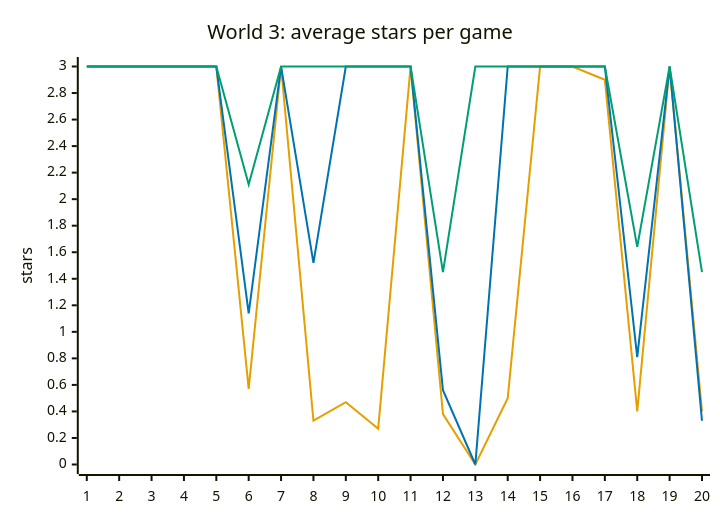
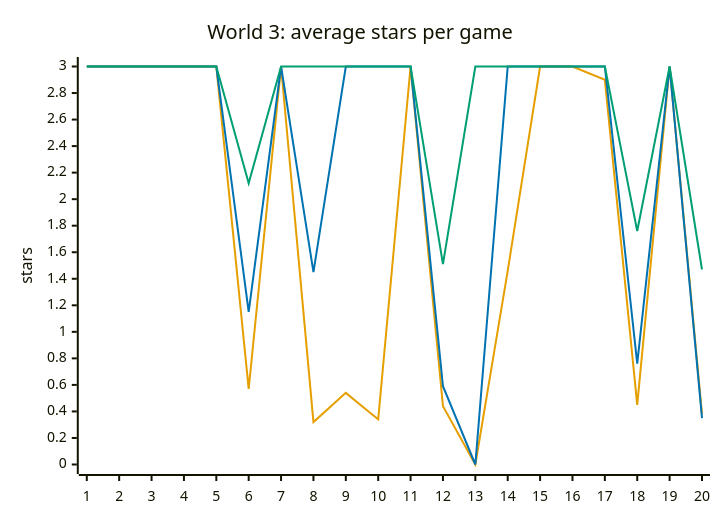
Before and after one commit to Pavelya/dots: the sixth of 8 diagrams in docs/design/difficulty.md, drawn with Mermaid. The commit also changed other lines of this file and 13 other files, not shown here.

````diff
--- a/docs/design/difficulty.md
+++ b/docs/design/difficulty.md
@@ -205,10 +206,10 @@
 ```mermaid
 %%{init: {"themeVariables": {"xyChart": {"plotColorPalette": "#E69F00, #0072B2, #009E73, #999999"}}}}%%
 xychart-beta
     title "World 3: average stars per game"
     x-axis ["1", "2", "3", "4", "5", "6", "7", "8", "9", "10", "11", "12", "13", "14", "15", "16", "17", "18", "19", "20"]
     y-axis "stars" 0 --> 3
-    line [3.00, 3.00, 3.00, 3.00, 3.00, 0.57, 3.00, 0.33, 0.47, 0.27, 3.00, 0.38, 0.00, 0.50, 3.00, 3.00, 2.90, 0.40, 3.00, 0.40]
-    line [3.00, 3.00, 3.00, 3.00, 3.00, 1.14, 3.00, 1.52, 3.00, 3.00, 3.00, 0.56, 0.00, 3.00, 3.00, 3.00, 3.00, 0.81, 3.00, 0.33]
-    line [3.00, 3.00, 3.00, 3.00, 3.00, 2.11, 3.00, 3.00, 3.00, 3.00, 3.00, 1.45, 3.00, 3.00, 3.00, 3.00, 3.00, 1.64, 3.00, 1.45]
+    line [3.00, 3.00, 3.00, 3.00, 3.00, 0.57, 3.00, 0.32, 0.54, 0.34, 3.00, 0.44, 0.00, 1.46, 3.00, 3.00, 2.90, 0.45, 3.00, 0.38]
+    line [3.00, 3.00, 3.00, 3.00, 3.00, 1.15, 3.00, 1.45, 3.00, 3.00, 3.00, 0.59, 0.00, 3.00, 3.00, 3.00, 3.00, 0.76, 3.00, 0.35]
+    line [3.00, 3.00, 3.00, 3.00, 3.00, 2.12, 3.00, 3.00, 3.00, 3.00, 3.00, 1.51, 3.00, 3.00, 3.00, 3.00, 3.00, 1.76, 3.00, 1.47]
 ```
````
